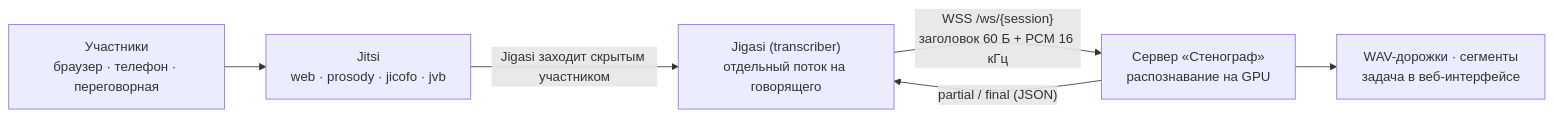
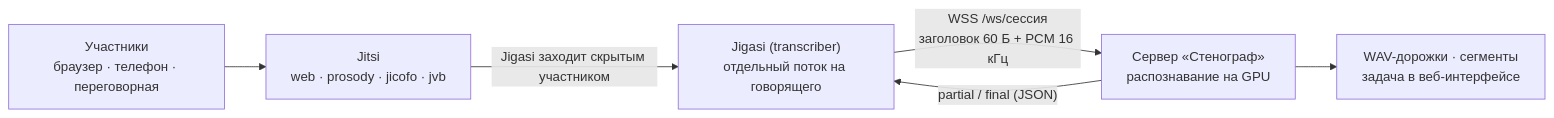
Before and after one commit to mbiuib/Stenograph: the diagram in docs/JITSI.md, drawn with Mermaid. The commit also changed other lines of this file and 5 other files, not shown here.

````diff
--- a/docs/JITSI.md
+++ b/docs/JITSI.md
@@ -13,8 +10,8 @@
 ```mermaid
 flowchart LR
     P["Участники<br/>браузер · телефон · переговорная"] --> J["Jitsi<br/>web · prosody · jicofo · jvb"]
     J -- "Jigasi заходит скрытым участником" --> JG["Jigasi (transcriber)<br/>отдельный поток на говорящего"]
-    JG -- "WSS /ws/{session}<br/>заголовок 60 Б + PCM 16 кГц" --> ST["Сервер «Стенограф»<br/>распознавание на GPU"]
+    JG -- "WSS /ws/сессия<br/>заголовок 60 Б + PCM 16 кГц" --> ST["Сервер «Стенограф»<br/>распознавание на GPU"]
     ST -- "partial / final (JSON)" --> JG
     ST --> A["WAV-дорожки · сегменты<br/>задача в веб-интерфейсе"]
 ```
````
